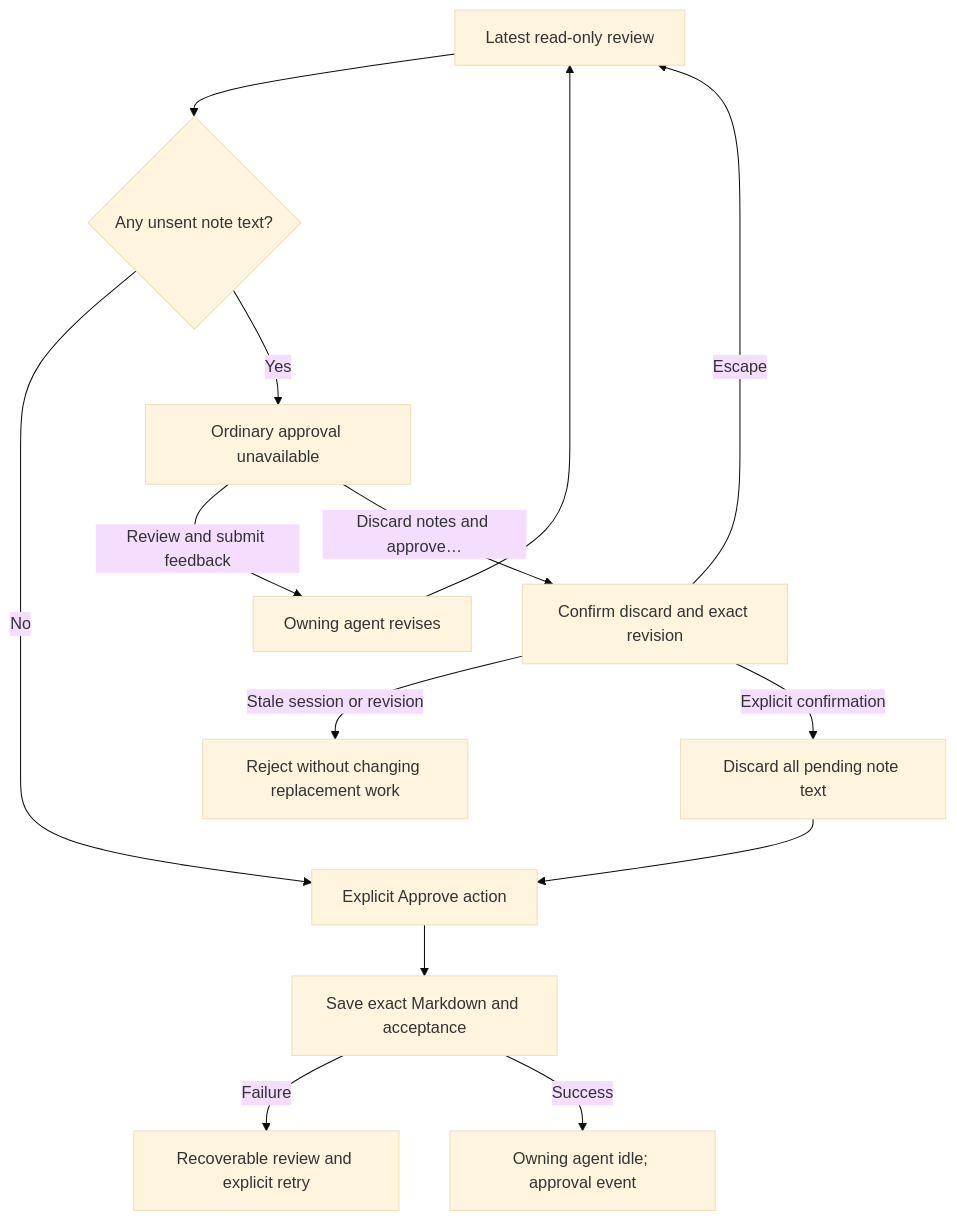
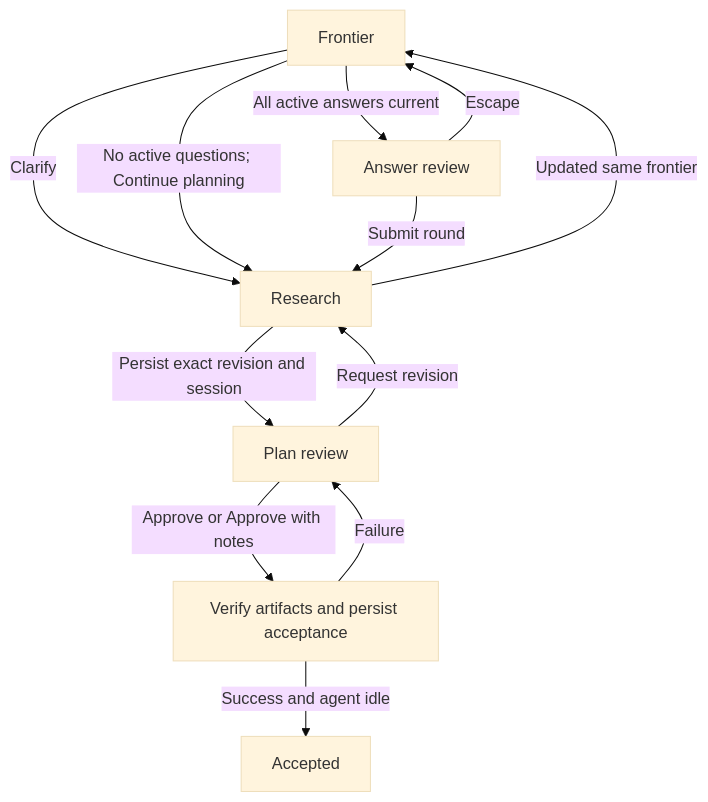
One commit to kvnxiao/orbis changed the first of 2 diagrams in packages/plan/docs/tui-interactions.md. Above: the diagram before and after it, drawn with Mermaid (base theme). The commit also changed other lines of this file and 34 other files, not shown here.

First line of the commit message:
feat(plan): redesign frontier and plan review interactions

````diff
--- a/packages/plan/docs/tui-interactions.md
+++ b/packages/plan/docs/tui-interactions.md
@@ -408,16 +163,14 @@
 ```mermaid
 flowchart TD
-    Current[Latest read-only review] --> Notes{Any unsent note text?}
-    Notes -->|No| Approve[Explicit Approve action]
-    Notes -->|Yes| Blocked[Ordinary approval unavailable]
-    Blocked -->|Review and submit feedback| Agent[Owning agent revises]
-    Agent --> Current
-    Blocked -->|Discard notes and approve…| Confirm[Confirm discard and exact revision]
-    Confirm -->|Escape| Current
-    Confirm -->|Stale session or revision| Reject[Reject without changing replacement work]
-    Confirm -->|Explicit confirmation| Discard[Discard all pending note text]
-    Discard --> Approve
-    Approve --> Save[Save exact Markdown and acceptance]
-    Save -->|Failure| Recover[Recoverable review and explicit retry]
-    Save -->|Success| Idle[Owning agent idle; approval event]
+  Frontier -->|Clarify| Research
+  Research -->|Updated same frontier| Frontier
+  Frontier -->|All active answers current| Answers[Answer review]
+  Frontier -->|No active questions; Continue planning| Research
+  Answers -->|Escape| Frontier
+  Answers -->|Submit round| Research
+  Research -->|Persist exact revision and session| Review[Plan review]
+  Review -->|Request revision| Research
+  Review -->|Approve or Approve with notes| Save[Verify artifacts and persist acceptance]
+  Save -->|Failure| Review
+  Save -->|Success and agent idle| Accepted
 ```
````
